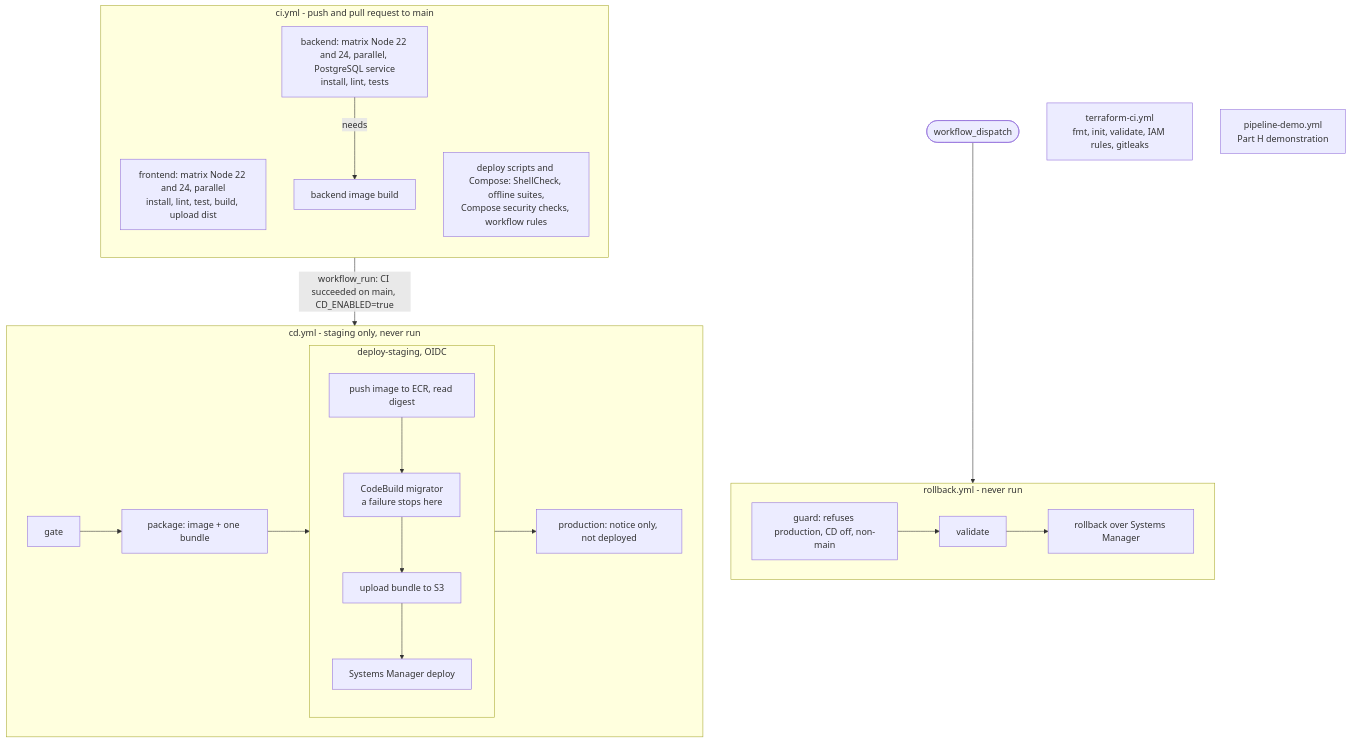
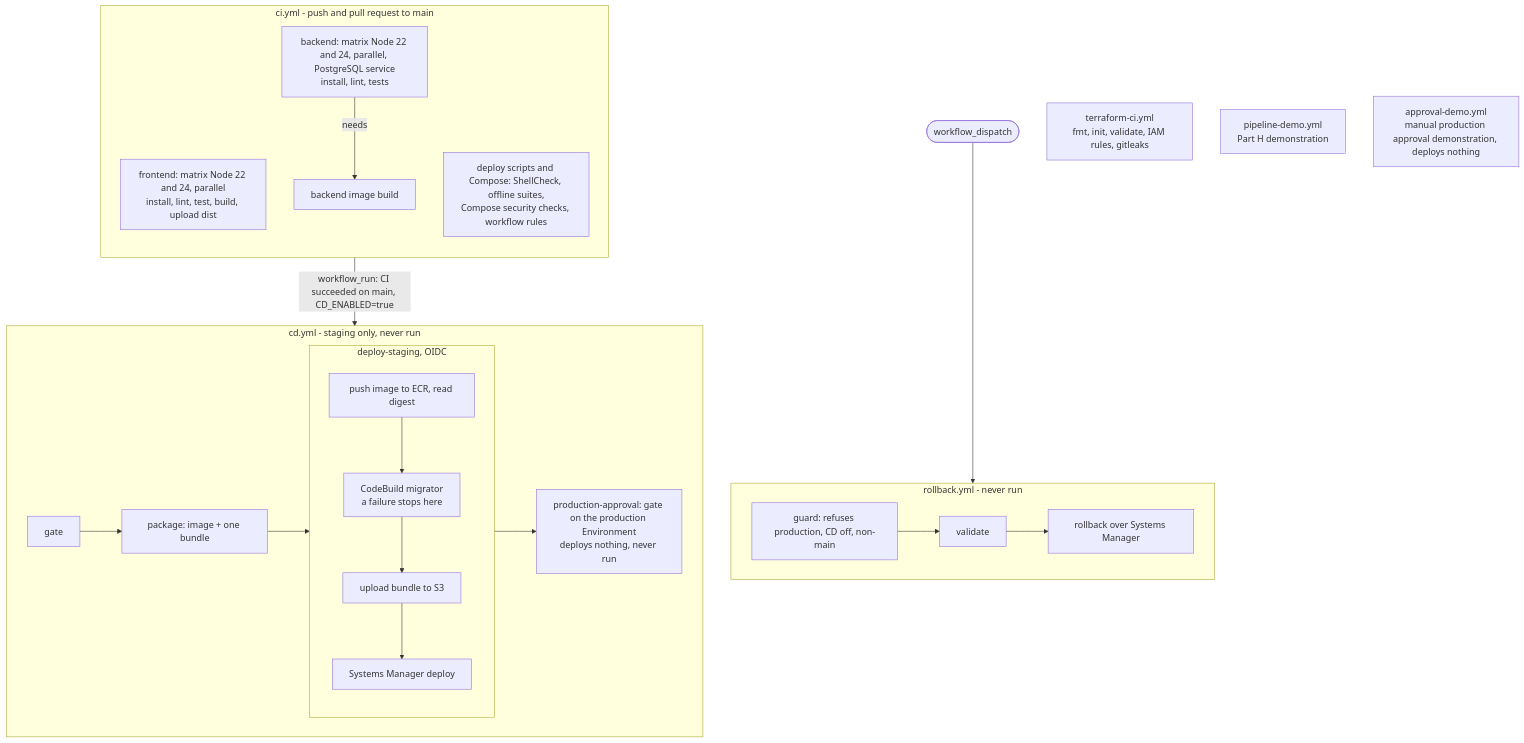
The third of 3 diagrams in README.md (Bhabotos/shopnest-devops-cicd), drawn with Mermaid before and after one commit. The commit also changed other lines of this file and 15 other files, not shown here.

````diff
--- a/README.md
+++ b/README.md
@@ -198,25 +198,26 @@
 ```mermaid
 flowchart TB
   subgraph ci [ci.yml - push and pull request to main]
     direction TB
     fe[frontend: matrix Node 22 and 24, parallel<br/>install, lint, test, build, upload dist]
     be[backend: matrix Node 22 and 24, parallel, PostgreSQL service<br/>install, lint, tests]
     be -->|needs| img[backend image build]
     ds[deploy scripts and Compose: ShellCheck, offline suites,<br/>Compose security checks, workflow rules]
   end
   ci -->|workflow_run: CI succeeded on main, CD_ENABLED=true| cd
   subgraph cd [cd.yml - staging only, never run]
     gate --> package[package: image + one bundle] --> staging
     subgraph staging [deploy-staging, OIDC]
       direction TB
       s1[push image to ECR, read digest] --> s2[CodeBuild migrator<br/>a failure stops here] --> s3[upload bundle to S3] --> s4[Systems Manager deploy]
     end
-    staging --> note[production: notice only, not deployed]
+    staging --> note[production-approval: gate on the production Environment<br/>deploys nothing, never run]
   end
   manual([workflow_dispatch]) --> rb
   subgraph rb [rollback.yml - never run]
     g[guard: refuses production, CD off, non-main] --> v[validate] --> r[rollback over Systems Manager]
   end
   tf[terraform-ci.yml<br/>fmt, init, validate, IAM rules, gitleaks]
   demo[pipeline-demo.yml<br/>Part H demonstration]
+  approvaldemo[approval-demo.yml<br/>manual production approval demonstration, deploys nothing]
 ```
````
